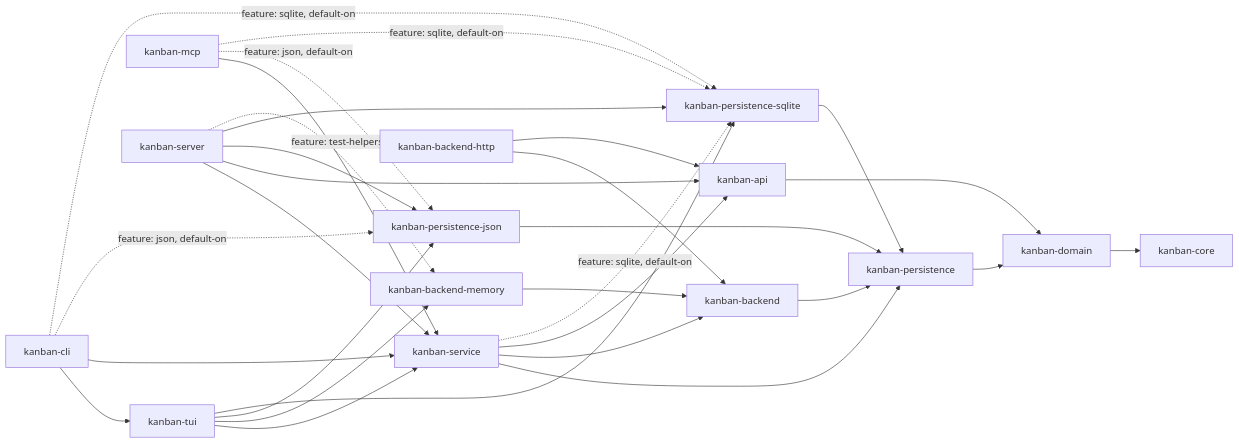
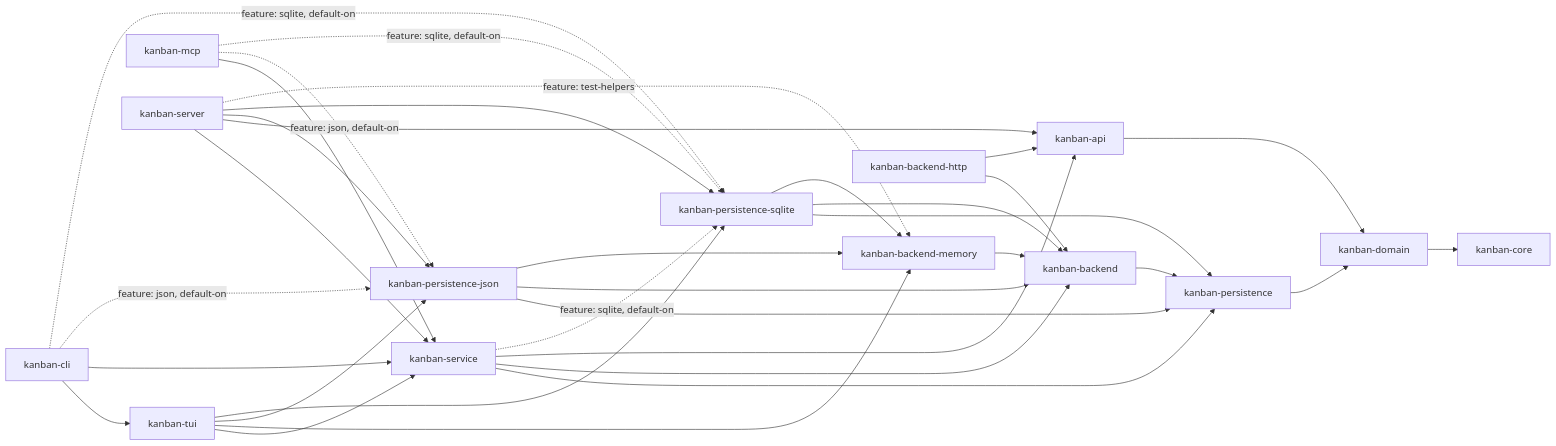
One commit to kanban-rs/kanban changed the diagram in CLAUDE.md. Above: the diagram before and after it, drawn with Mermaid. The commit also changed other lines of this file, not shown here.

First line of the commit message:
docs: make CLAUDE.md dependency graph and version accurate to develop

````diff
--- a/CLAUDE.md
+++ b/CLAUDE.md
@@ -51,32 +51,36 @@
 ```mermaid
 graph LR
     CLI[kanban-cli] --> TUI[kanban-tui]
     CLI --> SVC[kanban-service]
     CLI -.->|feature: json, default-on| JSON[kanban-persistence-json]
     CLI -.->|feature: sqlite, default-on| SQL[kanban-persistence-sqlite]
     MCP[kanban-mcp] --> SVC
     MCP -.->|feature: json, default-on| JSON
     MCP -.->|feature: sqlite, default-on| SQL
     TUI --> SVC
     TUI --> MEM[kanban-backend-memory]
     TUI --> JSON
     TUI --> SQL
     SRV[kanban-server] --> SVC
     SRV --> API[kanban-api]
     SRV --> JSON
     SRV --> SQL
     SRV -.->|feature: test-helpers| MEM
     SVC --> PER[kanban-persistence]
     SVC --> BE[kanban-backend]
     SVC --> API
     SVC -.->|feature: sqlite, default-on| SQL
     HTTP[kanban-backend-http] --> BE
     HTTP --> API
     MEM --> BE
     BE --> PER
     JSON --> PER
+    JSON --> BE
+    JSON --> MEM
     SQL --> PER
+    SQL --> BE
+    SQL --> MEM
     PER --> DOM[kanban-domain]
     API --> DOM
     DOM --> CORE[kanban-core]
 ```
````
